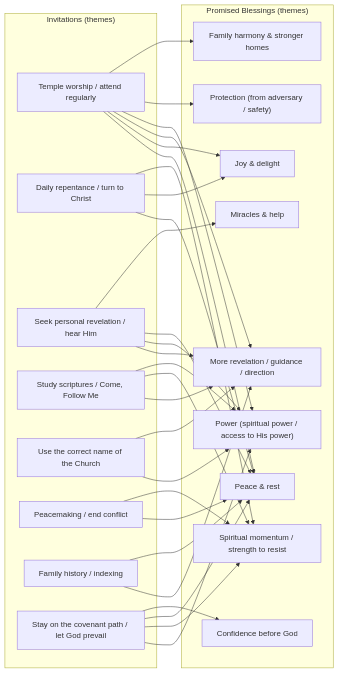
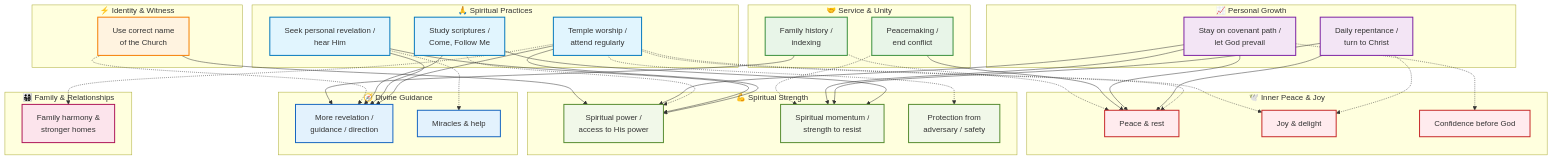
Before and after one commit to tbarlow12/president-nelson-invitations: the first of 3 diagrams in invitations-visualize.md, drawn with Mermaid. The commit also changed other lines of this file, not shown here.

````diff
--- a/invitations-visualize.md
+++ b/invitations-visualize.md
@@ -2,62 +4,92 @@
 ```mermaid
-flowchart LR
-  %% Invitation themes
-  subgraph INV["Invitations (themes)"]
-    TPL["Temple worship / attend regularly"]
-    REP["Daily repentance / turn to Christ"]
-    REV["Seek personal revelation / hear Him"]
-    SCR["Study scriptures / Come, Follow Me"]
-    NAM["Use the correct name of the Church"]
-    PCE["Peacemaking / end conflict"]
-    FAM["Family history / indexing"]
-    CVT["Stay on the covenant path / let God prevail"]
+flowchart TB
+  %% Define styles for better visual distinction
+  classDef spiritualPractice fill:#e1f5fe,stroke:#0277bd,stroke-width:2px
+  classDef personalGrowth fill:#f3e5f5,stroke:#7b1fa2,stroke-width:2px
+  classDef service fill:#e8f5e8,stroke:#388e3c,stroke-width:2px
+  classDef identity fill:#fff3e0,stroke:#f57c00,stroke-width:2px
+  
+  classDef innerPeace fill:#ffebee,stroke:#c62828,stroke-width:2px
+  classDef spiritualPower fill:#f1f8e9,stroke:#558b2f,stroke-width:2px
+  classDef guidance fill:#e3f2fd,stroke:#1565c0,stroke-width:2px
+  classDef relationships fill:#fce4ec,stroke:#ad1457,stroke-width:2px
+
+  %% Grouped Invitations by Theme
+  subgraph SPIRITUAL["🙏 Spiritual Practices"]
+    TPL["Temple worship /<br/>attend regularly"]:::spiritualPractice
+    SCR["Study scriptures /<br/>Come, Follow Me"]:::spiritualPractice
+    REV["Seek personal revelation /<br/>hear Him"]:::spiritualPractice
   end
 
-  %% Promised blessings (aggregates distilled from your CSV)
-  subgraph BLESS["Promised Blessings (themes)"]
-    PEACE["Peace & rest"]
-    JOY["Joy & delight"]
-    PWR["Power (spiritual power / access to His power)"]
-    REV2["More revelation / guidance / direction"]
-    PROT["Protection (from adversary / safety)"]
-    MIR["Miracles & help"]
-    MOM["Spiritual momentum / strength to resist"]
-    CONF["Confidence before God"]
-    FAMH["Family harmony & stronger homes"]
+  subgraph GROWTH["📈 Personal Growth"]
+    REP["Daily repentance /<br/>turn to Christ"]:::personalGrowth
+    CVT["Stay on covenant path /<br/>let God prevail"]:::personalGrowth
   end
 
-  %% Mappings (many-to-many)
-  TPL --> PEACE
-  TPL --> JOY
+  subgraph SERVICE["🤝 Service & Unity"]
+    PCE["Peacemaking /<br/>end conflict"]:::service
+    FAM["Family history /<br/>indexing"]:::service
+  end
+
+  subgraph IDENTITY["⚡ Identity & Witness"]
+    NAM["Use correct name<br/>of the Church"]:::identity
+  end
+
+  %% Grouped Blessings by Category
+  subgraph INNER["🕊️ Inner Peace & Joy"]
+    PEACE["Peace & rest"]:::innerPeace
+    JOY["Joy & delight"]:::innerPeace
+    CONF["Confidence before God"]:::innerPeace
+  end
+
+  subgraph POWER["💪 Spiritual Strength"]
+    PWR["Spiritual power /<br/>access to His power"]:::spiritualPower
+    MOM["Spiritual momentum /<br/>strength to resist"]:::spiritualPower
+    PROT["Protection from<br/>adversary / safety"]:::spiritualPower
+  end
+
+  subgraph GUIDANCE["🧭 Divine Guidance"]
+    REV2["More revelation /<br/>guidance / direction"]:::guidance
+    MIR["Miracles & help"]:::guidance
+  end
+
+  subgraph FAMILY["👨‍👩‍👧‍👦 Family & Relationships"]
+    FAMH["Family harmony &<br/>stronger homes"]:::relationships
+  end
+
+  %% Primary connections (strongest correlations)
+  TPL -.-> PEACE
   TPL --> REV2
   TPL --> PWR
-  TPL --> PROT
-  TPL --> FAMH
-
-  REP --> PEACE
-  REP --> JOY
-  REP --> MOM
+  TPL -.-> FAMH
 
   REV --> REV2
   REV --> PWR
-  REV --> PEACE
-  REV --> MIR
+  REV -.-> MIR
 
   SCR --> REV2
   SCR --> MOM
-  SCR --> PWR
+  SCR -.-> PWR
 
-  NAM --> PWR
-  NAM --> REV2
-
-  PCE --> PEACE
-  PCE --> MOM
-
-  FAM --> REV2
-  FAM --> PEACE
+  REP --> PEACE
+  REP -.-> JOY
+  REP --> MOM
 
   CVT --> PWR
   CVT --> MOM
   CVT --> PEACE
-  CVT --> CONF
+  CVT -.-> CONF
+
+  NAM --> PWR
+  NAM -.-> REV2
+
+  PCE --> PEACE
+  PCE -.-> MOM
+
+  FAM --> REV2
+  FAM -.-> PEACE
+
+  %% Secondary connections
+  TPL -.-> JOY
+  TPL -.-> PROT
 ```
````
